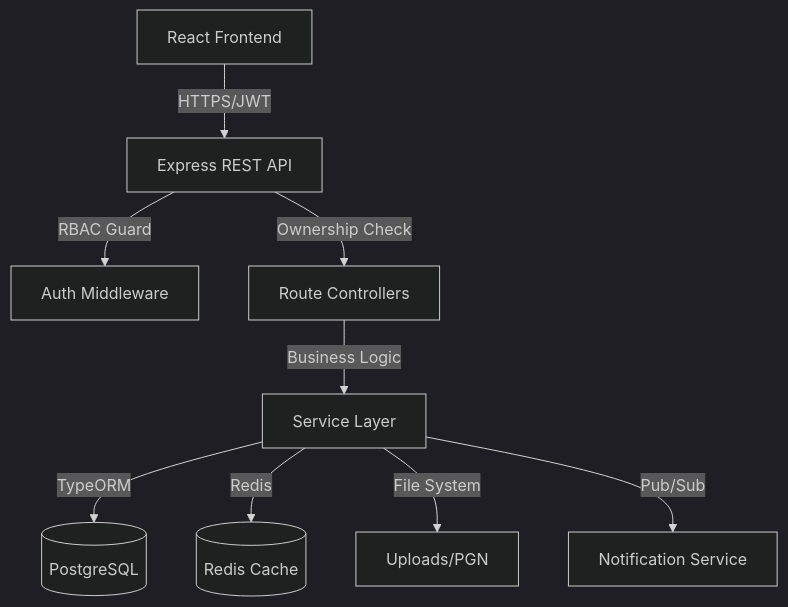
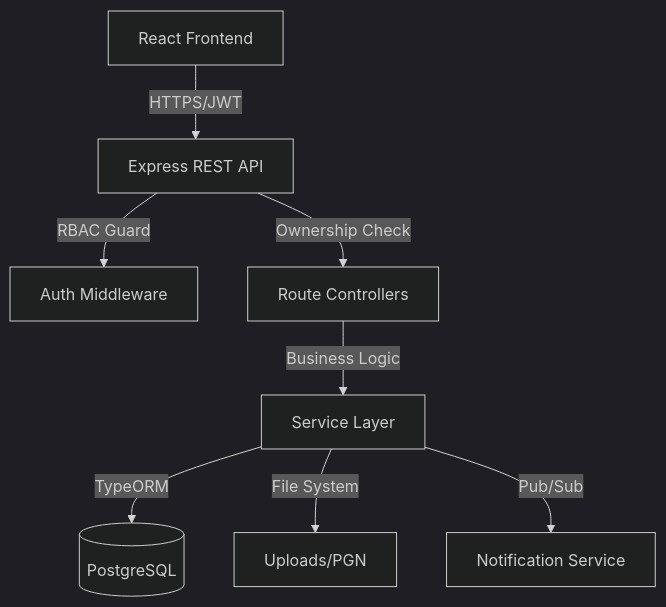
One commit to mfzlur/ADL-T1-26_IITM changed the diagram in README.md. Above: the diagram before and after it, drawn with Mermaid (dark theme). The commit also changed other lines of this file, not shown here.

````diff
--- a/README.md
+++ b/README.md
@@ -58,11 +61,10 @@
 ```mermaid
 graph TD
     Client[React Frontend] -- HTTPS/JWT --> API[Express REST API]
     API -- RBAC Guard --> Auth[Auth Middleware]
     API -- Ownership Check --> Controllers[Route Controllers]
     Controllers -- Business Logic --> Services[Service Layer]
     Services -- TypeORM --> DB[(PostgreSQL)]
-    Services -- Redis --> Cache[(Redis Cache)]
     Services -- File System --> Storage[Uploads/PGN]
     Services -- Pub/Sub --> Notifications[Notification Service]
 ```
````
